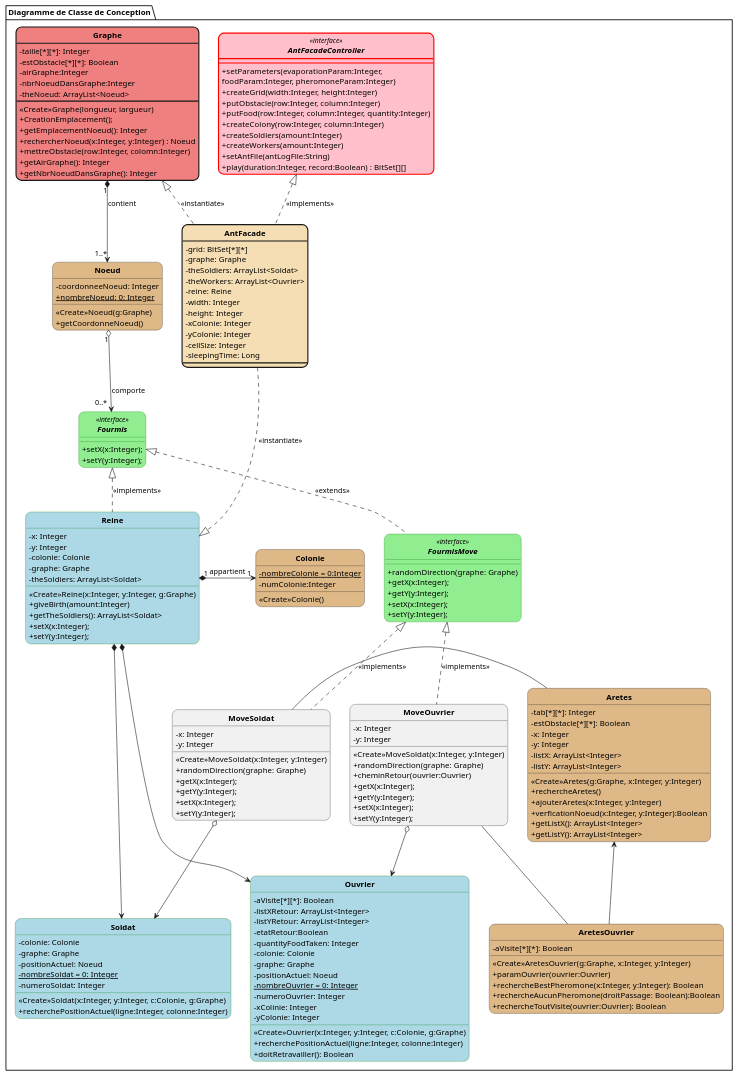
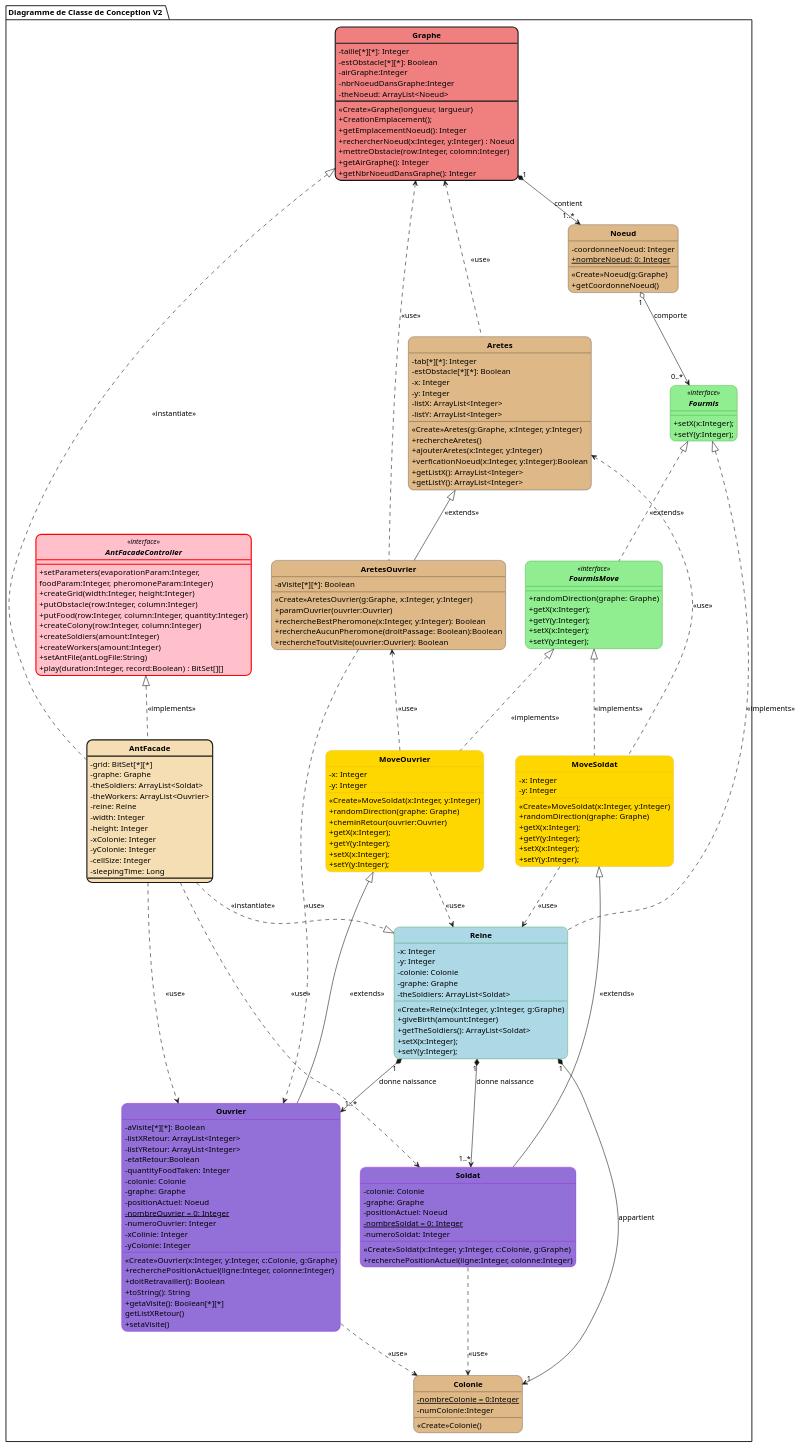
One commit to jvondermarck/ant-colony changed the diagram in plantUML/V2/Fourmis_DC_Conception.puml. Above: the diagram before and after it, drawn with PlantUML. The commit also changed 12 other files, not shown here.

```diff
--- a/plantUML/V2/Fourmis_DC_Conception.puml
+++ b/plantUML/V2/Fourmis_DC_Conception.puml
@@ -7,7 +7,7 @@
 skinparam roundcorner 20
 hide enum methods
 
-package "Diagramme de Classe de Conception" <<Folder>> {
+package "Diagramme de Classe de Conception V2 " <<Folder>> {
   interface AntFacadeController <<interface>> #pink ##[bold]red {
       +setParameters(evaporationParam:Integer,
       foodParam:Integer, pheromoneParam:Integer)
@@ -118,7 +118,7 @@
       +setY(y:Integer);
   }
 
-  class MoveSoldat {
+  class MoveSoldat #gold;line:goldenrod {
       -x: Integer
       -y: Integer
 
@@ -130,7 +130,7 @@
       +setY(y:Integer);
   }
 
-  class MoveOuvrier {
+  class MoveOuvrier #gold;line:goldenrod  {
       -x: Integer
       -y: Integer
 
@@ -143,7 +143,7 @@
       +setY(y:Integer);
   }
 
-  class Soldat #lightblue;line:green {
+  class Soldat #mediumpurple;line:darkviolet {
       -colonie: Colonie
       -graphe: Graphe
       -positionActuel: Noeud
@@ -154,7 +154,7 @@
       +recherchePositionActuel(ligne:Integer, colonne:Integer)
   }
 
-    class Ouvrier #lightblue;line:green {
+    class Ouvrier #mediumpurple;line:darkviolet {
         -aVisite[*][*]: Boolean
         -listXRetour: ArrayList<Integer>
         -listYRetour: ArrayList<Integer>
@@ -171,6 +171,10 @@
         <<Create>>Ouvrier(x:Integer, y:Integer, c:Colonie, g:Graphe)
         +recherchePositionActuel(ligne:Integer, colonne:Integer)
         +doitRetravailler(): Boolean
+        +toString(): String
+        +getaVisite(): Boolean[*][*]
+        getListXRetour()
+        +setaVisite()
     }
 }
 
@@ -187,22 +191,26 @@
 Fourmis <|.. Reine : <<implements>>
 Fourmis <|.. FourmisMove : <<extends>>
 
-Aretes <-- AretesOuvrier
-Aretes -left- MoveSoldat
-AretesOuvrier -left- MoveOuvrier
+Aretes <|-- AretesOuvrier : <<extends>>
+Aretes <.. MoveSoldat : <<use>>
+AretesOuvrier <.. MoveOuvrier : <<use>>
 
-FourmisMove <|.. MoveOuvrier : <<implements>>
+FourmisMove <|.. MoveOuvrier : \n\n<<implements>>
 FourmisMove <|.. MoveSoldat : <<implements>>
 
-MoveSoldat o--> Soldat
-MoveOuvrier o--> Ouvrier
-Reine *--> Soldat
-Reine *--> Ouvrier
+MoveSoldat <|-- Soldat : <<extends>>
+MoveOuvrier <|-- Ouvrier : <<extends>>
+Reine "1" *--> "1..*" Soldat : donne naissance
+Reine "1" *--> "1..*" Ouvrier : donne naissance
 
-
-
-
-
-
+AntFacade ..> Soldat : <<use>>
+AntFacade ..> Ouvrier : <<use>>
+Aretes .up.> Graphe : <<use>>
+AretesOuvrier .up.> Graphe : <<use>>
+AretesOuvrier ..> Ouvrier : <<use>>
+MoveSoldat ..> Reine : <<use>>
+MoveOuvrier ..> Reine : <<use>>
+Ouvrier ..> Colonie : <<use>>
+Soldat ..> Colonie : <<use>>
 
 @enduml
```
